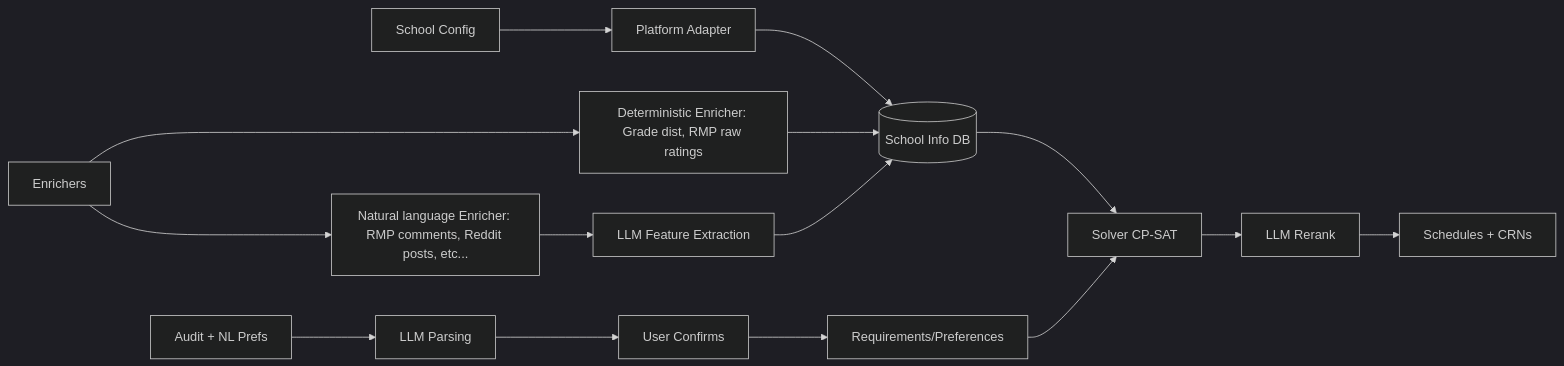
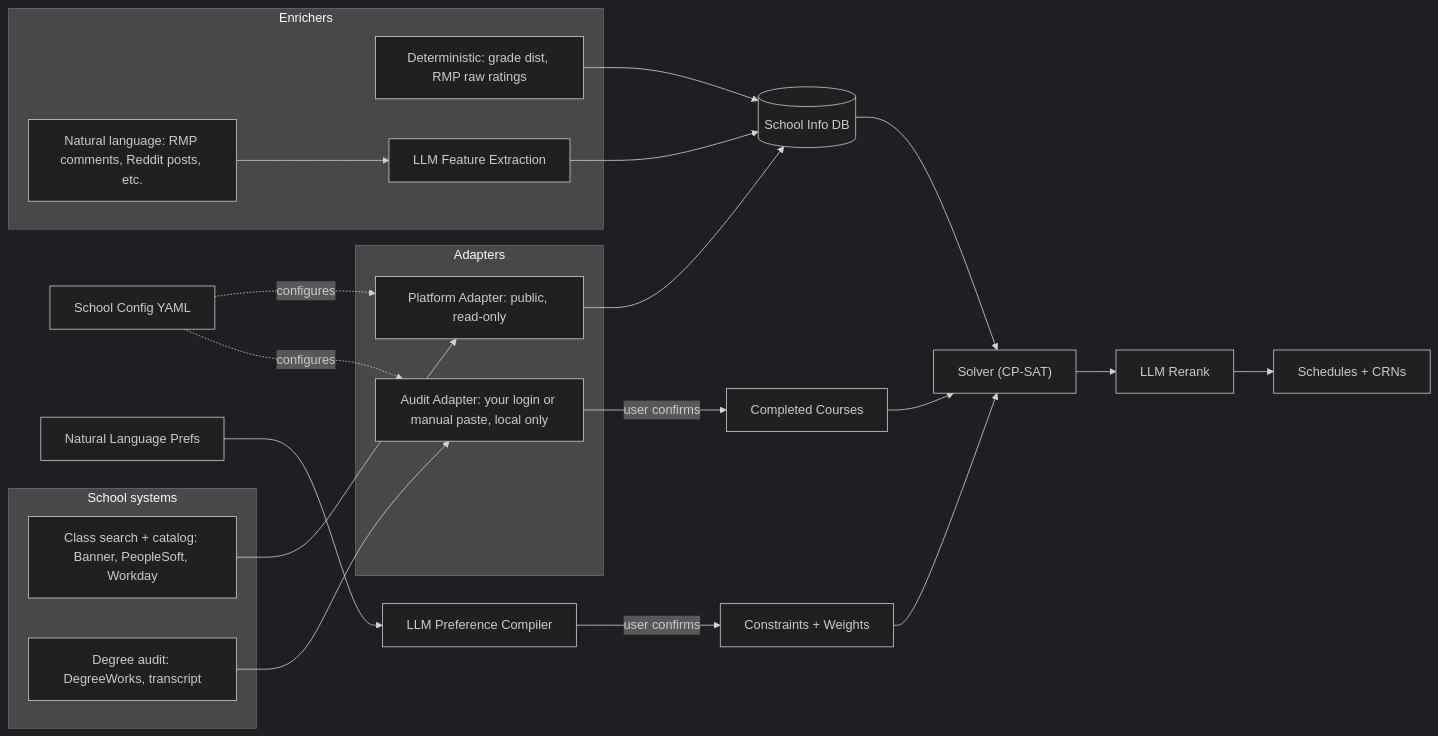
One commit to RahRah101/RegisterHelper changed the diagram in Specs.md. Above: the diagram before and after it, drawn with Mermaid (dark theme).

Commit message:
Modified mermaid graph to show role of Platform Adapter more explicitely

````diff
--- a/Specs.md
+++ b/Specs.md
@@ -3,11 +3,31 @@
 ```mermaid
 flowchart LR
-  A[School Config] --> B[Platform Adapter] --> DB[(School Info DB)]
-  E[Enrichers] --> G[Deterministic Enricher: Grade dist, RMP raw ratings]
-  E ---> NLE[Natural language Enricher: RMP comments, Reddit posts, etc...]
+  subgraph School["School systems"]
+    CS[Class search + catalog: Banner, PeopleSoft, Workday]
+    DW[Degree audit: DegreeWorks, transcript]
+  end
+
+  subgraph Adapters
+    PA[Platform Adapter: public, read-only]
+    AA[Audit Adapter: your login or manual paste, local only]
+  end
+
+  CFG[School Config YAML] -. configures .-> PA
+  CFG -. configures .-> AA
+
+  subgraph Enrichers
+    G["Deterministic: grade dist, RMP raw ratings"]
+    NLE["Natural language: RMP comments, Reddit posts, etc."] --> F[LLM Feature Extraction]
+  end
+
+  CS --> PA --> DB[(School Info DB)]
   G --> DB
-  NLE --> F[LLM Feature Extraction] --> DB
-  P[Audit + NL Prefs] --> L[LLM Parsing] --> U[User Confirms] --> R[Requirements/Preferences]
-  DB --> S[Solver CP-SAT]
-  R --> S --> K[LLM Rerank] --> O[Schedules + CRNs]
+  F --> DB
+  DW --> AA -->|user confirms| H[Completed Courses]
+  NL[Natural Language Prefs] --> PC[LLM Preference Compiler] -->|user confirms| W[Constraints + Weights]
+
+  DB --> S["Solver (CP-SAT)"]
+  H --> S
+  W --> S
+  S --> K[LLM Rerank] --> O[Schedules + CRNs]
 ```
````
